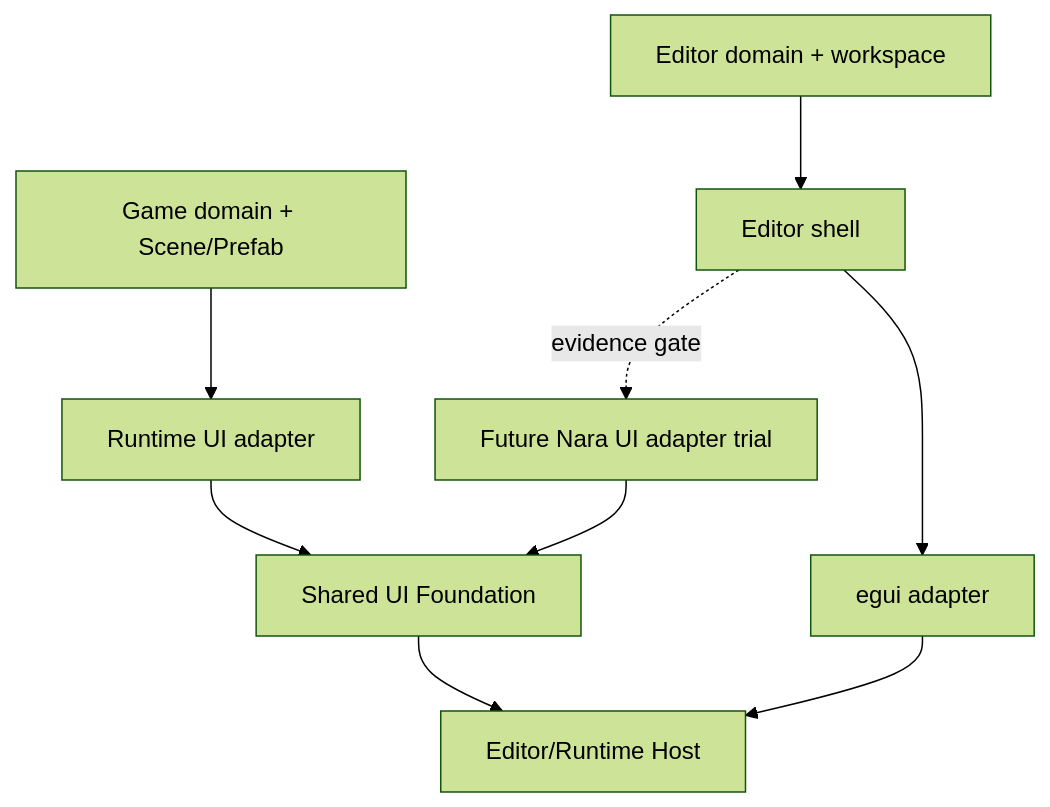
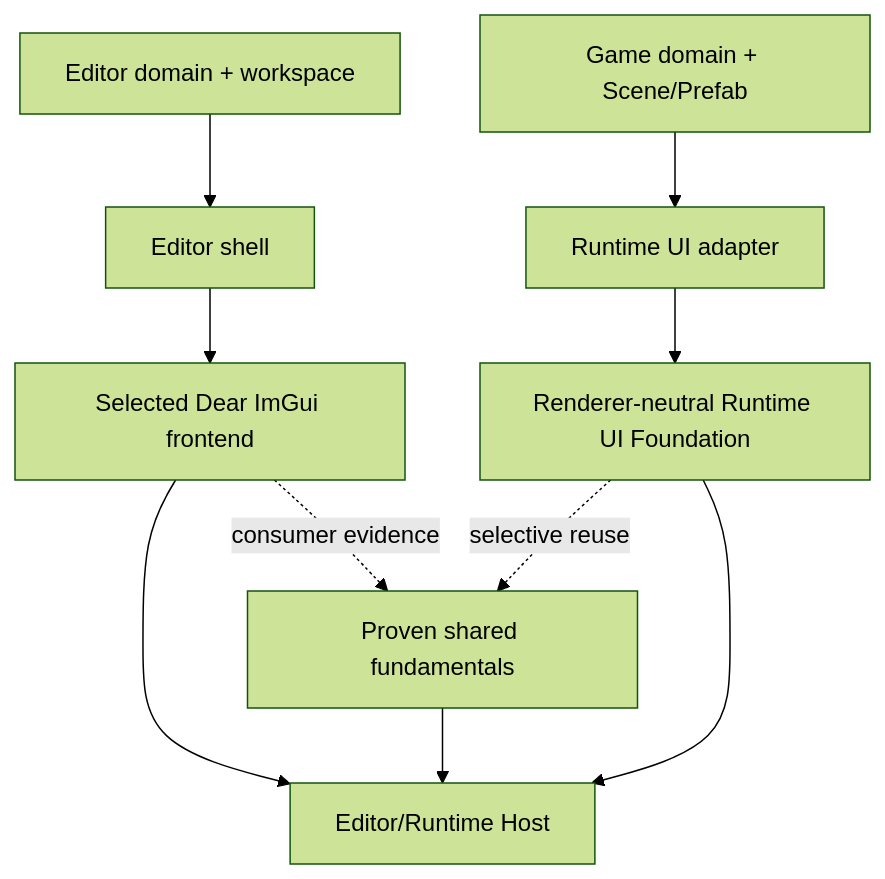
One commit to Latias94/nara changed the diagram in docs/architecture/adr/0107-shared-ui-foundation-and-independent-product-layers.md. Above: the diagram before and after it, drawn with Mermaid (forest theme). The commit also changed other lines of this file and 39 other files, not shown here.

First line of the commit message:
docs(architecture): rebaseline foundation and extension design

````diff
--- a/docs/architecture/adr/0107-shared-ui-foundation-and-independent-product-layers.md
+++ b/docs/architecture/adr/0107-shared-ui-foundation-and-independent-product-layers.md
@@ -32,19 +36,19 @@
 ```mermaid
 flowchart TB
     Game[Game domain + Scene/Prefab]
     Runtime[Runtime UI adapter]
-    Foundation[Shared UI Foundation]
+    Foundation[Renderer-neutral Runtime UI Foundation]
     EditorDomain[Editor domain + workspace]
     EditorShell[Editor shell]
-    Egui[egui adapter]
-    NaraAdapter[Future Nara UI adapter trial]
+    Frontend[Selected Dear ImGui frontend]
+    Shared[Proven shared fundamentals]
     Host[Editor/Runtime Host]
 
     Game --> Runtime --> Foundation
     EditorDomain --> EditorShell
-    EditorShell --> Egui
-    EditorShell -. evidence gate .-> NaraAdapter
-    Egui --> Host
-    NaraAdapter --> Foundation
+    EditorShell --> Frontend --> Host
+    Foundation -. selective reuse .-> Shared
+    Frontend -. consumer evidence .-> Shared
+    Shared --> Host
     Foundation --> Host
 ```
````
